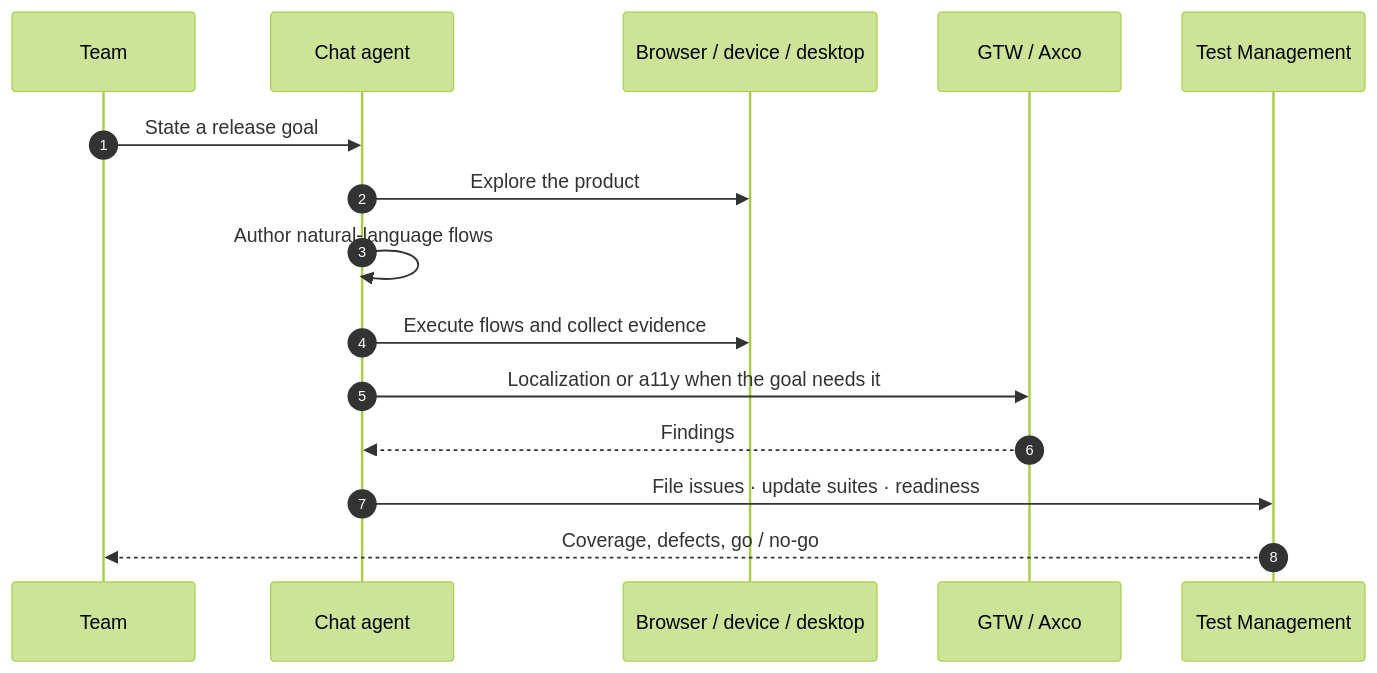
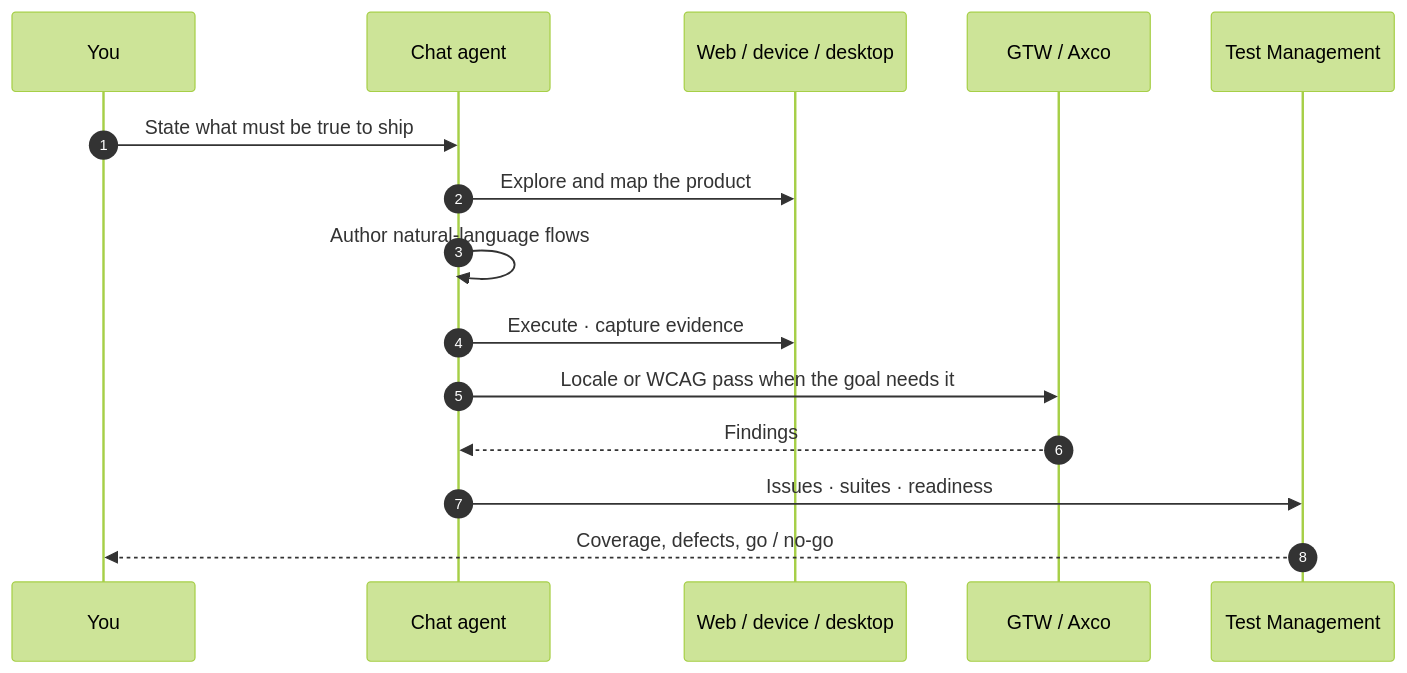
One commit to kadeep-ai/.github changed the second of 2 diagrams in profile/README.md. Above: the diagram before and after it, drawn with Mermaid (forest theme). The commit also changed other lines of this file, not shown here.

````diff
--- a/profile/README.md
+++ b/profile/README.md
@@ -85,18 +87,18 @@
 ```mermaid
 sequenceDiagram
     autonumber
-    participant Team
+    participant You
     participant Agent as Chat agent
-    participant Runtime as Browser / device / desktop
-    participant Modules as GTW / Axco
+    participant Runtime as Web / device / desktop
+    participant Spec as GTW / Axco
     participant TM as Test Management
 
-    Team->>Agent: State a release goal
-    Agent->>Runtime: Explore the product
+    You->>Agent: State what must be true to ship
+    Agent->>Runtime: Explore and map the product
     Agent->>Agent: Author natural-language flows
-    Agent->>Runtime: Execute flows and collect evidence
-    Agent->>Modules: Localization or a11y when the goal needs it
-    Modules-->>Agent: Findings
-    Agent->>TM: File issues · update suites · readiness
-    TM-->>Team: Coverage, defects, go / no-go
+    Agent->>Runtime: Execute · capture evidence
+    Agent->>Spec: Locale or WCAG pass when the goal needs it
+    Spec-->>Agent: Findings
+    Agent->>TM: Issues · suites · readiness
+    TM-->>You: Coverage, defects, go / no-go
 ```
````
